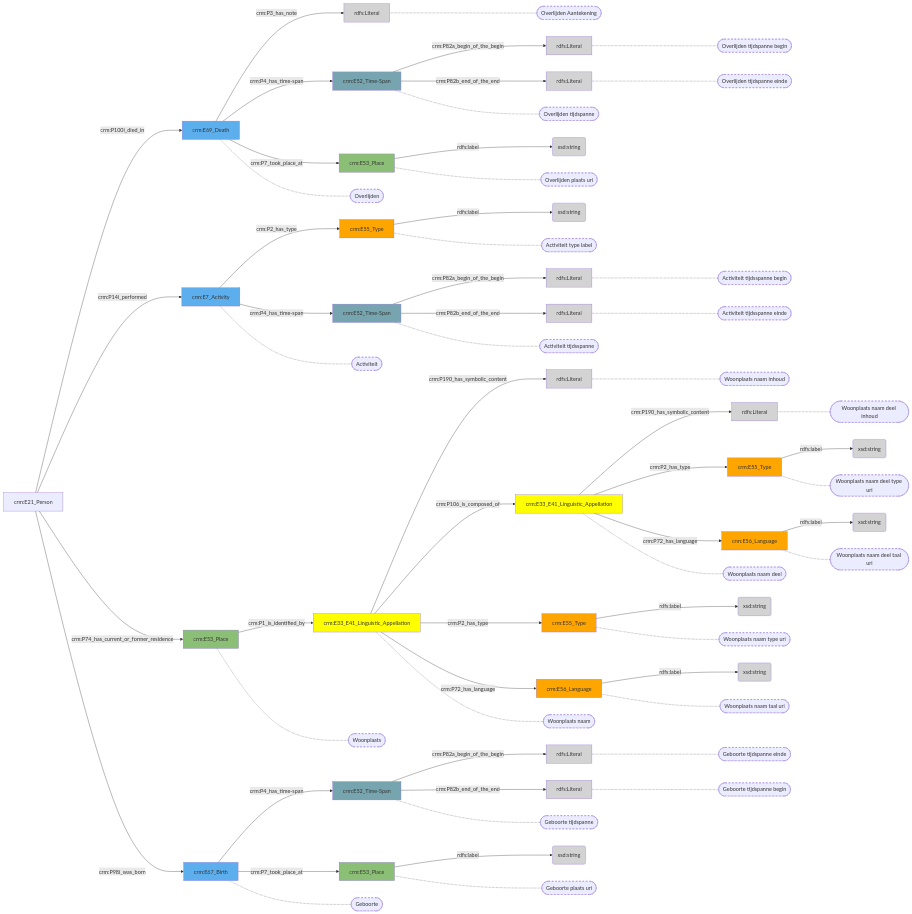
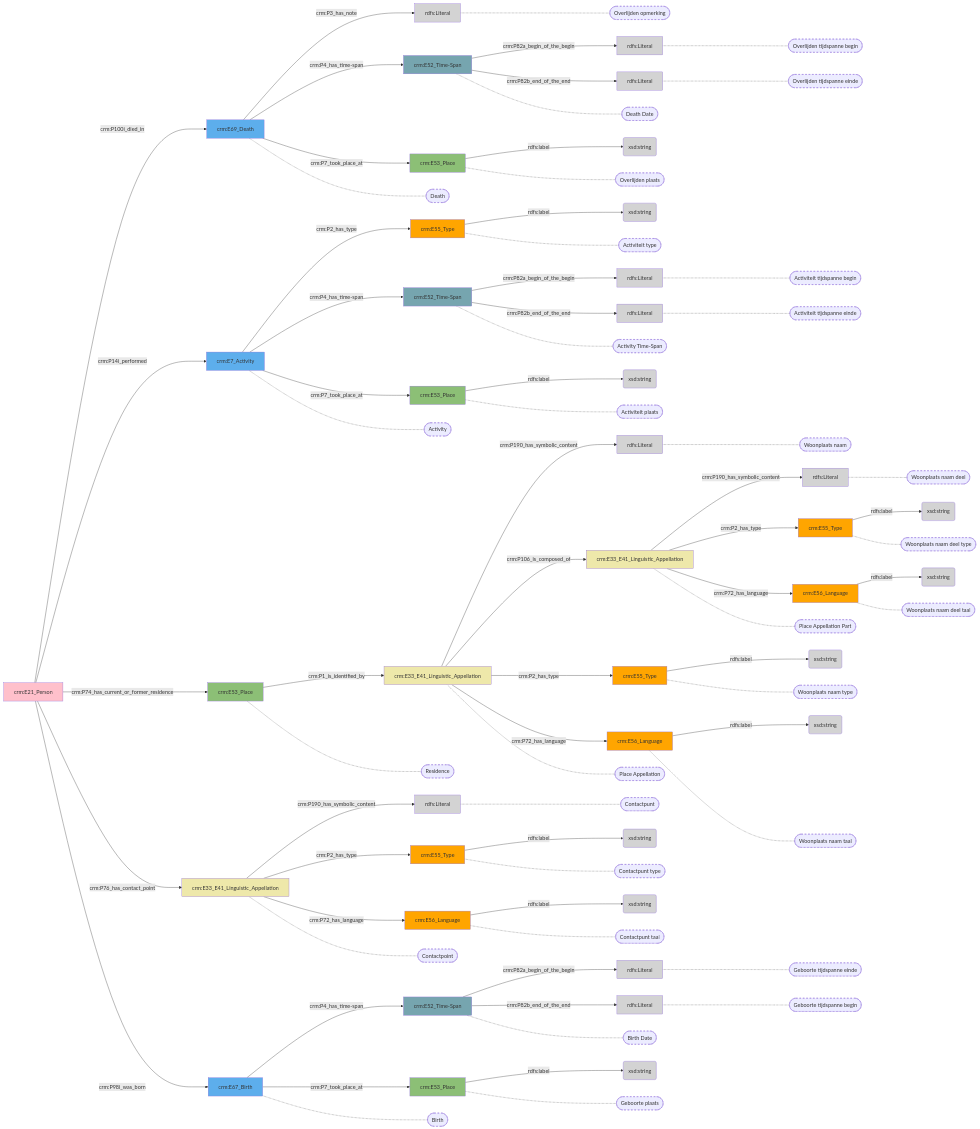
One commit to digipolisantwerpdocumentation/antwerp-cultureel-erfgoed changed the diagram in docs/content/modellen/Person/Context.md. Above: the diagram before and after it, drawn with Mermaid. The commit also changed 173 other files, not shown here.

````diff
--- a/docs/content/modellen/Person/Context.md
+++ b/docs/content/modellen/Person/Context.md
@@ -1,6 +1,7 @@
 ```mermaid
 graph LR
 0d9cefd0-e37c-11ed-9064-00163e71351b["crm:E69_Death"]-->|"crm:P3_has_note"|0d9d3d32-e37c-11ed-9064-00163e71351b(rdfs:Literal)
+0d9d10e6-e37c-11ed-9064-00163e71351b["crm:E33_E41_Linguistic_Appellation"]-->|"crm:P190_has_symbolic_content"|0d9d5006-e37c-11ed-9064-00163e71351b(rdfs:Literal)
 0d9d1a64-e37c-11ed-9064-00163e71351b["crm:E53_Place"]-->|"rdfs:label"|0d9d3ab2-e37c-11ed-9064-00163e71351b(xsd:string)
 0d9d1c58-e37c-11ed-9064-00163e71351b["crm:E52_Time-Span"]-->|"crm:P82a_begin_of_the_begin"|0d9d32f6-e37c-11ed-9064-00163e71351b(rdfs:Literal)
 0d9d1c58-e37c-11ed-9064-00163e71351b["crm:E52_Time-Span"]-->|"crm:P82b_end_of_the_end"|0d9d4958-e37c-11ed-9064-00163e71351b(rdfs:Literal)
@@ -10,28 +11,65 @@
 0d9d2a2c-e37c-11ed-9064-00163e71351b["crm:E55_Type"]-->|"rdfs:label"|0d9d4a34-e37c-11ed-9064-00163e71351b(xsd:string)
 0d9d3210-e37c-11ed-9064-00163e71351b["crm:E56_Language"]-->|"rdfs:label"|0d9d2338-e37c-11ed-9064-00163e71351b(xsd:string)
 0d9d390e-e37c-11ed-9064-00163e71351b["crm:E55_Type"]-->|"rdfs:label"|0d9d3774-e37c-11ed-9064-00163e71351b(xsd:string)
+0d9d3b84-e37c-11ed-9064-00163e71351b["crm:E56_Language"]-->|"rdfs:label"|0d9d4f34-e37c-11ed-9064-00163e71351b(xsd:string)
 0d9d3c56-e37c-11ed-9064-00163e71351b["crm:E52_Time-Span"]-->|"crm:P82a_begin_of_the_begin"|0d9d2bee-e37c-11ed-9064-00163e71351b(rdfs:Literal)
 0d9d3c56-e37c-11ed-9064-00163e71351b["crm:E52_Time-Span"]-->|"crm:P82b_end_of_the_end"|0d9d3418-e37c-11ed-9064-00163e71351b(rdfs:Literal)
+0d9d3e04-e37c-11ed-9064-00163e71351b["crm:E55_Type"]-->|"rdfs:label"|0d9d4318-e37c-11ed-9064-00163e71351b(xsd:string)
 0d9d4084-e37c-11ed-9064-00163e71351b["crm:E52_Time-Span"]-->|"crm:P82a_begin_of_the_begin"|0d9d44d0-e37c-11ed-9064-00163e71351b(rdfs:Literal)
 0d9d4084-e37c-11ed-9064-00163e71351b["crm:E52_Time-Span"]-->|"crm:P82b_end_of_the_end"|0d9d2cca-e37c-11ed-9064-00163e71351b(rdfs:Literal)
 0d9d43f4-e37c-11ed-9064-00163e71351b["crm:E53_Place"]-->|"rdfs:label"|0d9d2252-e37c-11ed-9064-00163e71351b(xsd:string)
 0d9d51b4-e37c-11ed-9064-00163e71351b["crm:E33_E41_Linguistic_Appellation"]-->|"crm:P190_has_symbolic_content"|0d9d4b10-e37c-11ed-9064-00163e71351b(rdfs:Literal)
+d863f582-b083-11ee-993d-960002548b4f["crm:E53_Place"]-->|"rdfs:label"|6be3189e-b084-11ee-92eb-960002548b4f(xsd:string)
 0d9cefd0-e37c-11ed-9064-00163e71351b["crm:E69_Death"]-->|"crm:P4_has_time-span"|0d9d3c56-e37c-11ed-9064-00163e71351b["crm:E52_Time-Span"]
 0d9cefd0-e37c-11ed-9064-00163e71351b["crm:E69_Death"]-->|"crm:P7_took_place_at"|0d9d43f4-e37c-11ed-9064-00163e71351b["crm:E53_Place"]
 0d9cf714-e37c-11ed-9064-00163e71351b["crm:E67_Birth"]-->|"crm:P4_has_time-span"|0d9d1c58-e37c-11ed-9064-00163e71351b["crm:E52_Time-Span"]
 0d9cf714-e37c-11ed-9064-00163e71351b["crm:E67_Birth"]-->|"crm:P7_took_place_at"|0d9d1a64-e37c-11ed-9064-00163e71351b["crm:E53_Place"]
 0d9cfe80-e37c-11ed-9064-00163e71351b["crm:E7_Activity"]-->|"crm:P2_has_type"|0d9d390e-e37c-11ed-9064-00163e71351b["crm:E55_Type"]
 0d9cfe80-e37c-11ed-9064-00163e71351b["crm:E7_Activity"]-->|"crm:P4_has_time-span"|0d9d4084-e37c-11ed-9064-00163e71351b["crm:E52_Time-Span"]
+0d9cfe80-e37c-11ed-9064-00163e71351b["crm:E7_Activity"]-->|"crm:P7_took_place_at"|d863f582-b083-11ee-993d-960002548b4f["crm:E53_Place"]
+0d9d10e6-e37c-11ed-9064-00163e71351b["crm:E33_E41_Linguistic_Appellation"]-->|"crm:P2_has_type"|0d9d3e04-e37c-11ed-9064-00163e71351b["crm:E55_Type"]
+0d9d10e6-e37c-11ed-9064-00163e71351b["crm:E33_E41_Linguistic_Appellation"]-->|"crm:P72_has_language"|0d9d3b84-e37c-11ed-9064-00163e71351b["crm:E56_Language"]
 0d9d1578-e37c-11ed-9064-00163e71351b["crm:E53_Place"]-->|"crm:P1_is_identified_by"|0d9d51b4-e37c-11ed-9064-00163e71351b["crm:E33_E41_Linguistic_Appellation"]
 0d9d2414-e37c-11ed-9064-00163e71351b["crm:E33_E41_Linguistic_Appellation"]-->|"crm:P2_has_type"|0d9d2a2c-e37c-11ed-9064-00163e71351b["crm:E55_Type"]
 0d9d2414-e37c-11ed-9064-00163e71351b["crm:E33_E41_Linguistic_Appellation"]-->|"crm:P72_has_language"|0d9d2874-e37c-11ed-9064-00163e71351b["crm:E56_Language"]
 0d9d4cb4-e37c-11ed-9064-00163e71351b["crm:E21_Person"]-->|"crm:P100i_died_in"|0d9cefd0-e37c-11ed-9064-00163e71351b["crm:E69_Death"]
 0d9d4cb4-e37c-11ed-9064-00163e71351b["crm:E21_Person"]-->|"crm:P14i_performed"|0d9cfe80-e37c-11ed-9064-00163e71351b["crm:E7_Activity"]
 0d9d4cb4-e37c-11ed-9064-00163e71351b["crm:E21_Person"]-->|"crm:P74_has_current_or_former_residence"|0d9d1578-e37c-11ed-9064-00163e71351b["crm:E53_Place"]
+0d9d4cb4-e37c-11ed-9064-00163e71351b["crm:E21_Person"]-->|"crm:P76_has_contact_point"|0d9d10e6-e37c-11ed-9064-00163e71351b["crm:E33_E41_Linguistic_Appellation"]
 0d9d4cb4-e37c-11ed-9064-00163e71351b["crm:E21_Person"]-->|"crm:P98i_was_born"|0d9cf714-e37c-11ed-9064-00163e71351b["crm:E67_Birth"]
 0d9d51b4-e37c-11ed-9064-00163e71351b["crm:E33_E41_Linguistic_Appellation"]-->|"crm:P106_is_composed_of"|0d9d2414-e37c-11ed-9064-00163e71351b["crm:E33_E41_Linguistic_Appellation"]
 0d9d51b4-e37c-11ed-9064-00163e71351b["crm:E33_E41_Linguistic_Appellation"]-->|"crm:P2_has_type"|0d9d2086-e37c-11ed-9064-00163e71351b["crm:E55_Type"]
 0d9d51b4-e37c-11ed-9064-00163e71351b["crm:E33_E41_Linguistic_Appellation"]-->|"crm:P72_has_language"|0d9d3210-e37c-11ed-9064-00163e71351b["crm:E56_Language"]
+0d9d3d32-e37c-11ed-9064-00163e71351b["rdfs:Literal"]-.-0d9d3d32-e37c-11ed-9064-00163e71351b_s(["Overlijden opmerking"])
+0d9d3c56-e37c-11ed-9064-00163e71351b["crm:E52_Time-Span"]-.-0d9d3c56-e37c-11ed-9064-00163e71351b_s(["Death Date"])
+0d9d43f4-e37c-11ed-9064-00163e71351b["crm:E53_Place"]-.-0d9d43f4-e37c-11ed-9064-00163e71351b_s(["Overlijden plaats"])
+0d9d1c58-e37c-11ed-9064-00163e71351b["crm:E52_Time-Span"]-.-0d9d1c58-e37c-11ed-9064-00163e71351b_s(["Birth Date"])
+0d9d1a64-e37c-11ed-9064-00163e71351b["crm:E53_Place"]-.-0d9d1a64-e37c-11ed-9064-00163e71351b_s(["Geboorte plaats"])
+0d9d390e-e37c-11ed-9064-00163e71351b["crm:E55_Type"]-.-0d9d390e-e37c-11ed-9064-00163e71351b_s(["Activiteit type"])
+0d9d4084-e37c-11ed-9064-00163e71351b["crm:E52_Time-Span"]-.-0d9d4084-e37c-11ed-9064-00163e71351b_s(["Activity Time-Span"])
+d863f582-b083-11ee-993d-960002548b4f["crm:E53_Place"]-.-d863f582-b083-11ee-993d-960002548b4f_s(["Activiteit plaats"])
+0d9d5006-e37c-11ed-9064-00163e71351b["rdfs:Literal"]-.-0d9d5006-e37c-11ed-9064-00163e71351b_s(["Contactpunt"])
+0d9d3e04-e37c-11ed-9064-00163e71351b["crm:E55_Type"]-.-0d9d3e04-e37c-11ed-9064-00163e71351b_s(["Contactpunt type"])
+0d9d3b84-e37c-11ed-9064-00163e71351b["crm:E56_Language"]-.-0d9d3b84-e37c-11ed-9064-00163e71351b_s(["Contactpunt taal"])
+0d9d51b4-e37c-11ed-9064-00163e71351b["crm:E33_E41_Linguistic_Appellation"]-.-0d9d51b4-e37c-11ed-9064-00163e71351b_s(["Place Appellation"])
+0d9d32f6-e37c-11ed-9064-00163e71351b["rdfs:Literal"]-.-0d9d32f6-e37c-11ed-9064-00163e71351b_s(["Geboorte tijdspanne einde"])
+0d9d4958-e37c-11ed-9064-00163e71351b["rdfs:Literal"]-.-0d9d4958-e37c-11ed-9064-00163e71351b_s(["Geboorte tijdspanne begin"])
+0d9d4d7c-e37c-11ed-9064-00163e71351b["rdfs:Literal"]-.-0d9d4d7c-e37c-11ed-9064-00163e71351b_s(["Woonplaats naam deel"])
+0d9d2a2c-e37c-11ed-9064-00163e71351b["crm:E55_Type"]-.-0d9d2a2c-e37c-11ed-9064-00163e71351b_s(["Woonplaats naam deel type"])
+0d9d2874-e37c-11ed-9064-00163e71351b["crm:E56_Language"]-.-0d9d2874-e37c-11ed-9064-00163e71351b_s(["Woonplaats naam deel taal"])
+0d9d2bee-e37c-11ed-9064-00163e71351b["rdfs:Literal"]-.-0d9d2bee-e37c-11ed-9064-00163e71351b_s(["Overlijden tijdspanne begin"])
+0d9d3418-e37c-11ed-9064-00163e71351b["rdfs:Literal"]-.-0d9d3418-e37c-11ed-9064-00163e71351b_s(["Overlijden tijdspanne einde"])
+0d9d44d0-e37c-11ed-9064-00163e71351b["rdfs:Literal"]-.-0d9d44d0-e37c-11ed-9064-00163e71351b_s(["Activiteit tijdspanne begin"])
+0d9d2cca-e37c-11ed-9064-00163e71351b["rdfs:Literal"]-.-0d9d2cca-e37c-11ed-9064-00163e71351b_s(["Activiteit tijdspanne einde"])
+0d9cefd0-e37c-11ed-9064-00163e71351b["crm:E69_Death"]-.-0d9cefd0-e37c-11ed-9064-00163e71351b_s(["Death"])
+0d9cfe80-e37c-11ed-9064-00163e71351b["crm:E7_Activity"]-.-0d9cfe80-e37c-11ed-9064-00163e71351b_s(["Activity"])
+0d9d1578-e37c-11ed-9064-00163e71351b["crm:E53_Place"]-.-0d9d1578-e37c-11ed-9064-00163e71351b_s(["Residence"])
+0d9d10e6-e37c-11ed-9064-00163e71351b["crm:E33_E41_Linguistic_Appellation"]-.-0d9d10e6-e37c-11ed-9064-00163e71351b_s(["Contactpoint"])
+0d9cf714-e37c-11ed-9064-00163e71351b["crm:E67_Birth"]-.-0d9cf714-e37c-11ed-9064-00163e71351b_s(["Birth"])
+0d9d2414-e37c-11ed-9064-00163e71351b["crm:E33_E41_Linguistic_Appellation"]-.-0d9d2414-e37c-11ed-9064-00163e71351b_s(["Place Appellation Part"])
+0d9d4b10-e37c-11ed-9064-00163e71351b["rdfs:Literal"]-.-0d9d4b10-e37c-11ed-9064-00163e71351b_s(["Woonplaats naam"])
+0d9d2086-e37c-11ed-9064-00163e71351b["crm:E55_Type"]-.-0d9d2086-e37c-11ed-9064-00163e71351b_s(["Woonplaats naam type"])
+0d9d3210-e37c-11ed-9064-00163e71351b["crm:E56_Language"]-.-0d9d3210-e37c-11ed-9064-00163e71351b_s(["Woonplaats naam taal"])
 style 0d9d3d32-e37c-11ed-9064-00163e71351b_s stroke-dasharray: 5
 style 0d9d3c56-e37c-11ed-9064-00163e71351b_s stroke-dasharray: 5
 style 0d9d43f4-e37c-11ed-9064-00163e71351b_s stroke-dasharray: 5
@@ -39,6 +77,10 @@
 style 0d9d1a64-e37c-11ed-9064-00163e71351b_s stroke-dasharray: 5
 style 0d9d390e-e37c-11ed-9064-00163e71351b_s stroke-dasharray: 5
 style 0d9d4084-e37c-11ed-9064-00163e71351b_s stroke-dasharray: 5
+style d863f582-b083-11ee-993d-960002548b4f_s stroke-dasharray: 5
+style 0d9d5006-e37c-11ed-9064-00163e71351b_s stroke-dasharray: 5
+style 0d9d3e04-e37c-11ed-9064-00163e71351b_s stroke-dasharray: 5
+style 0d9d3b84-e37c-11ed-9064-00163e71351b_s stroke-dasharray: 5
 style 0d9d51b4-e37c-11ed-9064-00163e71351b_s stroke-dasharray: 5
 style 0d9d32f6-e37c-11ed-9064-00163e71351b_s stroke-dasharray: 5
 style 0d9d4958-e37c-11ed-9064-00163e71351b_s stroke-dasharray: 5
@@ -52,39 +94,16 @@
 style 0d9cefd0-e37c-11ed-9064-00163e71351b_s stroke-dasharray: 5
 style 0d9cfe80-e37c-11ed-9064-00163e71351b_s stroke-dasharray: 5
 style 0d9d1578-e37c-11ed-9064-00163e71351b_s stroke-dasharray: 5
+style 0d9d10e6-e37c-11ed-9064-00163e71351b_s stroke-dasharray: 5
 style 0d9cf714-e37c-11ed-9064-00163e71351b_s stroke-dasharray: 5
 style 0d9d2414-e37c-11ed-9064-00163e71351b_s stroke-dasharray: 5
 style 0d9d4b10-e37c-11ed-9064-00163e71351b_s stroke-dasharray: 5
 style 0d9d2086-e37c-11ed-9064-00163e71351b_s stroke-dasharray: 5
 style 0d9d3210-e37c-11ed-9064-00163e71351b_s stroke-dasharray: 5
-0d9d3d32-e37c-11ed-9064-00163e71351b["rdfs:Literal"]-.-0d9d3d32-e37c-11ed-9064-00163e71351b_s(["Overlijden Aantekening"])
-0d9d3c56-e37c-11ed-9064-00163e71351b["crm:E52_Time-Span"]-.-0d9d3c56-e37c-11ed-9064-00163e71351b_s(["Overlijden tijdspanne"])
-0d9d43f4-e37c-11ed-9064-00163e71351b["crm:E53_Place"]-.-0d9d43f4-e37c-11ed-9064-00163e71351b_s(["Overlijden plaats uri"])
-0d9d1c58-e37c-11ed-9064-00163e71351b["crm:E52_Time-Span"]-.-0d9d1c58-e37c-11ed-9064-00163e71351b_s(["Geboorte tijdspanne"])
-0d9d1a64-e37c-11ed-9064-00163e71351b["crm:E53_Place"]-.-0d9d1a64-e37c-11ed-9064-00163e71351b_s(["Geboorte plaats uri"])
-0d9d390e-e37c-11ed-9064-00163e71351b["crm:E55_Type"]-.-0d9d390e-e37c-11ed-9064-00163e71351b_s(["Activiteit type label"])
-0d9d4084-e37c-11ed-9064-00163e71351b["crm:E52_Time-Span"]-.-0d9d4084-e37c-11ed-9064-00163e71351b_s(["Activiteit tijdsspanne"])
-0d9d51b4-e37c-11ed-9064-00163e71351b["crm:E33_E41_Linguistic_Appellation"]-.-0d9d51b4-e37c-11ed-9064-00163e71351b_s(["Woonplaats naam"])
-0d9d32f6-e37c-11ed-9064-00163e71351b["rdfs:Literal"]-.-0d9d32f6-e37c-11ed-9064-00163e71351b_s(["Geboorte tijdspanne einde"])
-0d9d4958-e37c-11ed-9064-00163e71351b["rdfs:Literal"]-.-0d9d4958-e37c-11ed-9064-00163e71351b_s(["Geboorte tijdspanne begin"])
-0d9d4d7c-e37c-11ed-9064-00163e71351b["rdfs:Literal"]-.-0d9d4d7c-e37c-11ed-9064-00163e71351b_s(["Woonplaats naam deel inhoud"])
-0d9d2a2c-e37c-11ed-9064-00163e71351b["crm:E55_Type"]-.-0d9d2a2c-e37c-11ed-9064-00163e71351b_s(["Woonplaats naam deel type uri"])
-0d9d2874-e37c-11ed-9064-00163e71351b["crm:E56_Language"]-.-0d9d2874-e37c-11ed-9064-00163e71351b_s(["Woonplaats naam deel taal uri"])
-0d9d2bee-e37c-11ed-9064-00163e71351b["rdfs:Literal"]-.-0d9d2bee-e37c-11ed-9064-00163e71351b_s(["Overlijden tijdspanne begin"])
-0d9d3418-e37c-11ed-9064-00163e71351b["rdfs:Literal"]-.-0d9d3418-e37c-11ed-9064-00163e71351b_s(["Overlijden tijdspanne einde"])
-0d9d44d0-e37c-11ed-9064-00163e71351b["rdfs:Literal"]-.-0d9d44d0-e37c-11ed-9064-00163e71351b_s(["Activiteit tijdsspanne begin"])
-0d9d2cca-e37c-11ed-9064-00163e71351b["rdfs:Literal"]-.-0d9d2cca-e37c-11ed-9064-00163e71351b_s(["Activiteit tijdsspanne einde"])
-0d9cefd0-e37c-11ed-9064-00163e71351b["crm:E69_Death"]-.-0d9cefd0-e37c-11ed-9064-00163e71351b_s(["Overlijden"])
-0d9cfe80-e37c-11ed-9064-00163e71351b["crm:E7_Activity"]-.-0d9cfe80-e37c-11ed-9064-00163e71351b_s(["Activiteit"])
-0d9d1578-e37c-11ed-9064-00163e71351b["crm:E53_Place"]-.-0d9d1578-e37c-11ed-9064-00163e71351b_s(["Woonplaats"])
-0d9cf714-e37c-11ed-9064-00163e71351b["crm:E67_Birth"]-.-0d9cf714-e37c-11ed-9064-00163e71351b_s(["Geboorte"])
-0d9d2414-e37c-11ed-9064-00163e71351b["crm:E33_E41_Linguistic_Appellation"]-.-0d9d2414-e37c-11ed-9064-00163e71351b_s(["Woonplaats naam deel"])
-0d9d4b10-e37c-11ed-9064-00163e71351b["rdfs:Literal"]-.-0d9d4b10-e37c-11ed-9064-00163e71351b_s(["Woonplaats naam inhoud"])
-0d9d2086-e37c-11ed-9064-00163e71351b["crm:E55_Type"]-.-0d9d2086-e37c-11ed-9064-00163e71351b_s(["Woonplaats naam type uri"])
-0d9d3210-e37c-11ed-9064-00163e71351b["crm:E56_Language"]-.-0d9d3210-e37c-11ed-9064-00163e71351b_s(["Woonplaats naam taal uri"])
 style 0d9cefd0-e37c-11ed-9064-00163e71351b fill:#5DAEEC
 style 0d9cf714-e37c-11ed-9064-00163e71351b fill:#5DAEEC
 style 0d9cfe80-e37c-11ed-9064-00163e71351b fill:#5DAEEC
+style 0d9d10e6-e37c-11ed-9064-00163e71351b fill:#EEE8AA
 style 0d9d1578-e37c-11ed-9064-00163e71351b fill:#8CBF76
 style 0d9d1a64-e37c-11ed-9064-00163e71351b fill:#8CBF76
 style 0d9d1c58-e37c-11ed-9064-00163e71351b fill:#76A5AF
@@ -93,7 +112,7 @@
 style 0d9d2176-e37c-11ed-9064-00163e71351b fill:#D3D3D3
 style 0d9d2252-e37c-11ed-9064-00163e71351b fill:#D3D3D3
 style 0d9d2338-e37c-11ed-9064-00163e71351b fill:#D3D3D3
-style 0d9d2414-e37c-11ed-9064-00163e71351b fill:#ffff00
+style 0d9d2414-e37c-11ed-9064-00163e71351b fill:#EEE8AA
 style 0d9d2874-e37c-11ed-9064-00163e71351b fill:#ffa500
 style 0d9d2a2c-e37c-11ed-9064-00163e71351b fill:#ffa500
 style 0d9d2bee-e37c-11ed-9064-00163e71351b fill:#D3D3D3
@@ -104,14 +123,22 @@
 style 0d9d3774-e37c-11ed-9064-00163e71351b fill:#D3D3D3
 style 0d9d390e-e37c-11ed-9064-00163e71351b fill:#ffa500
 style 0d9d3ab2-e37c-11ed-9064-00163e71351b fill:#D3D3D3
+style 0d9d3b84-e37c-11ed-9064-00163e71351b fill:#ffa500
 style 0d9d3c56-e37c-11ed-9064-00163e71351b fill:#76A5AF
 style 0d9d3d32-e37c-11ed-9064-00163e71351b fill:#D3D3D3
+style 0d9d3e04-e37c-11ed-9064-00163e71351b fill:#ffa500
 style 0d9d4084-e37c-11ed-9064-00163e71351b fill:#76A5AF
+style 0d9d4318-e37c-11ed-9064-00163e71351b fill:#D3D3D3
 style 0d9d43f4-e37c-11ed-9064-00163e71351b fill:#8CBF76
 style 0d9d44d0-e37c-11ed-9064-00163e71351b fill:#D3D3D3
 style 0d9d4958-e37c-11ed-9064-00163e71351b fill:#D3D3D3
 style 0d9d4a34-e37c-11ed-9064-00163e71351b fill:#D3D3D3
 style 0d9d4b10-e37c-11ed-9064-00163e71351b fill:#D3D3D3
+style 0d9d4cb4-e37c-11ed-9064-00163e71351b fill:#ffc0cb
 style 0d9d4d7c-e37c-11ed-9064-00163e71351b fill:#D3D3D3
-style 0d9d51b4-e37c-11ed-9064-00163e71351b fill:#ffff00
+style 0d9d4f34-e37c-11ed-9064-00163e71351b fill:#D3D3D3
+style 0d9d5006-e37c-11ed-9064-00163e71351b fill:#D3D3D3
+style 0d9d51b4-e37c-11ed-9064-00163e71351b fill:#EEE8AA
+style 6be3189e-b084-11ee-92eb-960002548b4f fill:#D3D3D3
+style d863f582-b083-11ee-993d-960002548b4f fill:#8CBF76
 ```
````
